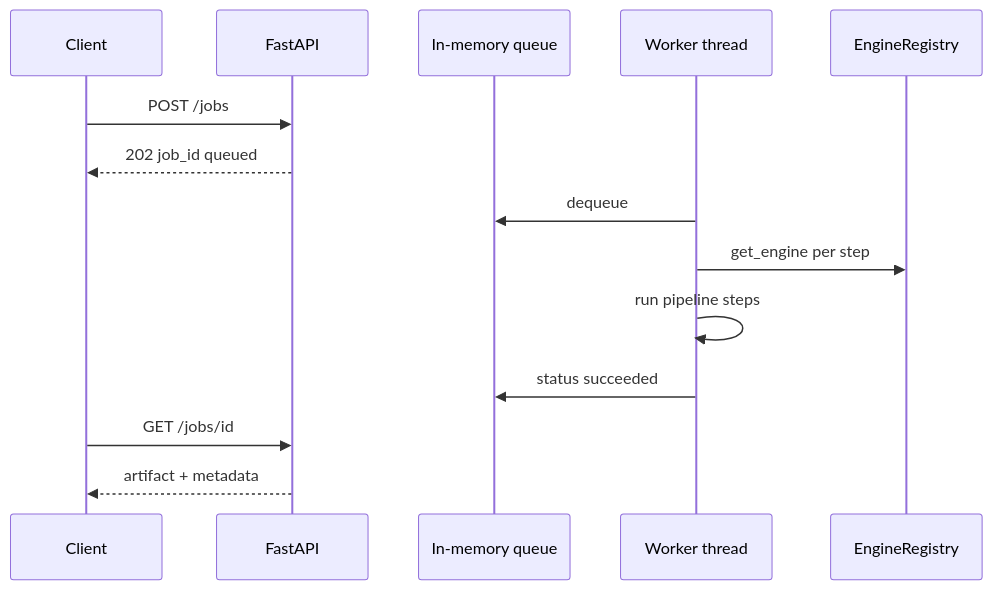
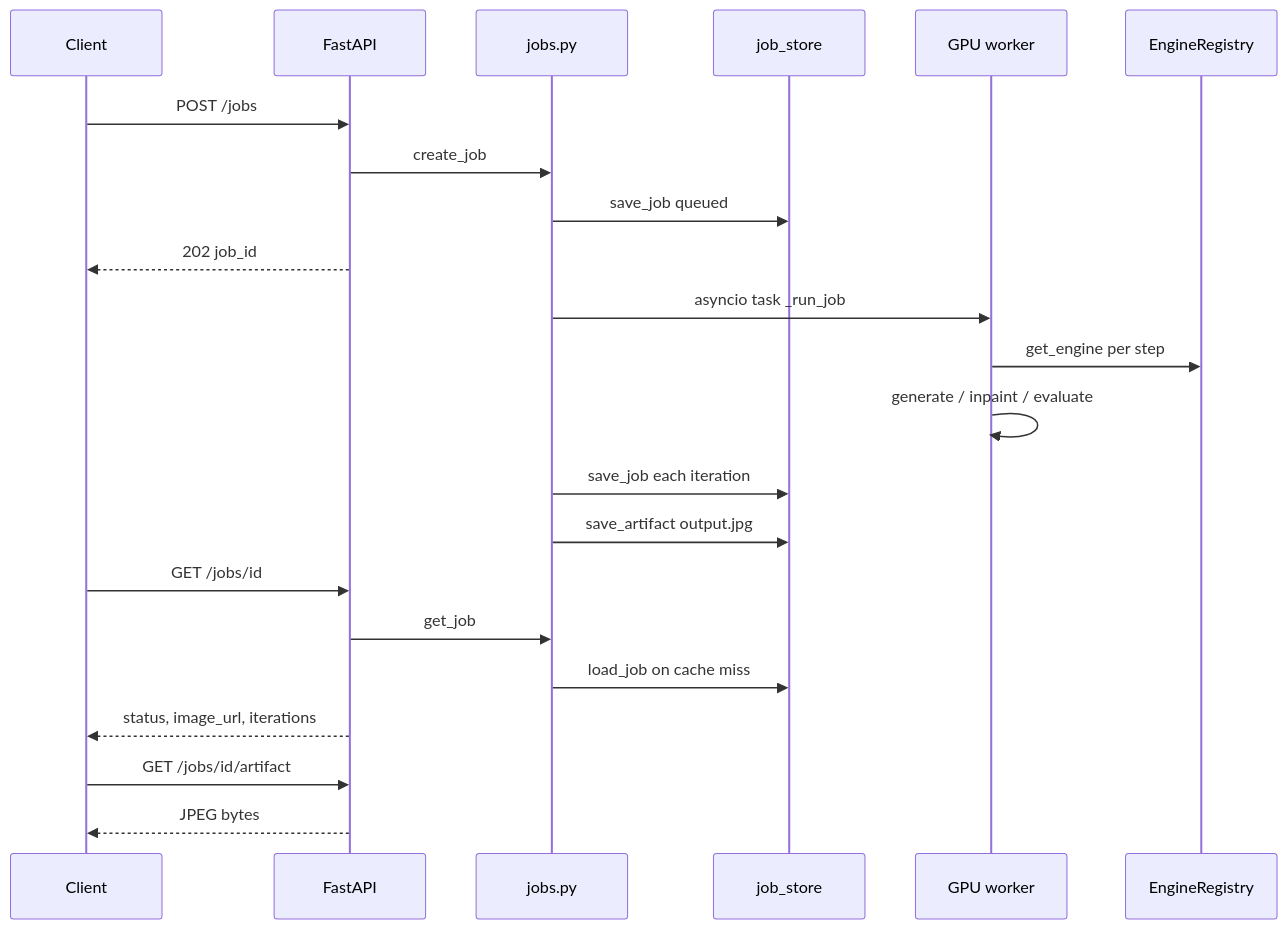
The tenth of 10 diagrams in LLD.md (kirank93611/vid-gen-sdxl-pipe), drawn with Mermaid before and after one commit. The commit also changed other lines of this file and 62 other files, not shown here.

````diff
--- a/LLD.md
+++ b/LLD.md
@@ -420,17 +452,25 @@
 ```mermaid
 sequenceDiagram
     participant C as Client
     participant API as FastAPI
-    participant Q as In-memory queue
-    participant W as Worker thread
+    participant J as jobs.py
+    participant S as job_store
+    participant W as GPU worker
     participant Reg as EngineRegistry
 
     C->>API: POST /jobs
-    API-->>C: 202 job_id queued
-    W->>Q: dequeue
+    API->>J: create_job
+    J->>S: save_job queued
+    API-->>C: 202 job_id
+    J->>W: asyncio task _run_job
     W->>Reg: get_engine per step
-    W->>W: run pipeline steps
-    W->>Q: status succeeded
+    W->>W: generate / inpaint / evaluate
+    J->>S: save_job each iteration
+    J->>S: save_artifact output.jpg
     C->>API: GET /jobs/id
-    API-->>C: artifact + metadata
+    API->>J: get_job
+    J->>S: load_job on cache miss
+    API-->>C: status, image_url, iterations
+    C->>API: GET /jobs/id/artifact
+    API-->>C: JPEG bytes
 ```
````
